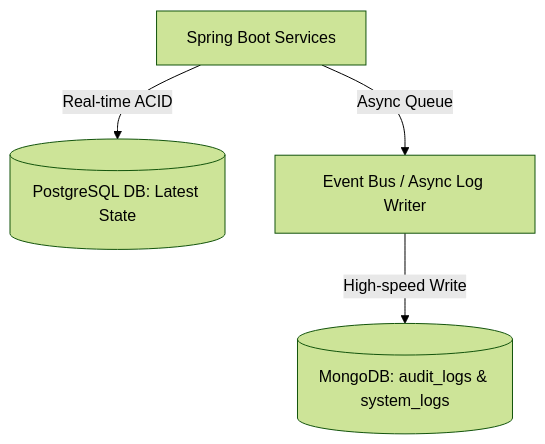
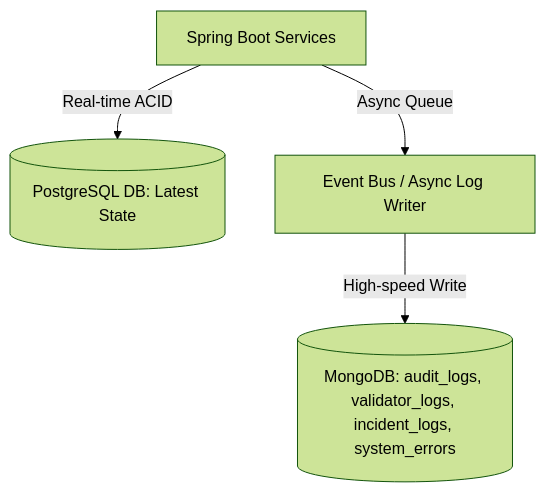
One commit to PhungMinhQuang0811/MetroBus_Ops_BE changed the fifth of 5 diagrams in document/SRS_MetroBusTicket.md. Above: the diagram before and after it, drawn with Mermaid (forest theme). The commit also changed other lines of this file and 4 other files, not shown here.

````diff
--- a/document/SRS_MetroBusTicket.md
+++ b/document/SRS_MetroBusTicket.md
@@ -616,6 +721,6 @@
 ```mermaid
 graph TD
     SpringService[Spring Boot Services] -->|Real-time ACID| Postgres[(PostgreSQL DB: Latest State)]
     SpringService -->|Async Queue| EventBus[Event Bus / Async Log Writer]
-    EventBus -->|High-speed Write| Mongo[(MongoDB: audit_logs & system_logs)]
+    EventBus -->|High-speed Write| Mongo[(MongoDB: audit_logs, validator_logs, incident_logs, system_errors)]
 ```
````
